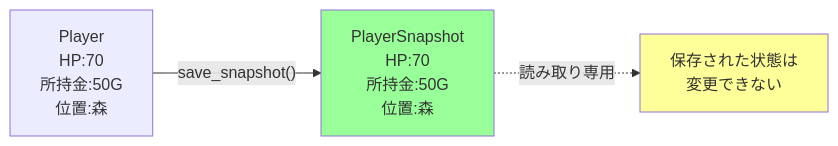
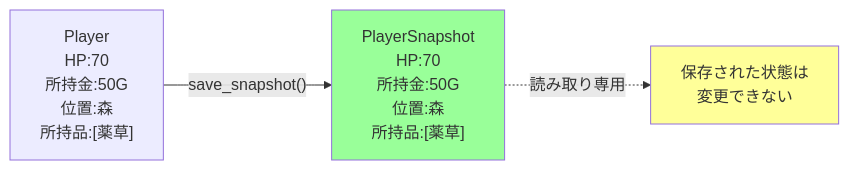
Before and after one commit to nqou-net/www.nqou.net: the first of 4 diagrams in content/post/2026/01/13/232112.md, drawn with Mermaid. The commit also changed other lines of this file and 2 other files, not shown here.

Commit message:
update 第4回まで(copilot/create-memento-pattern-series)

````diff
--- a/content/post/2026/01/13/232112.md
+++ b/content/post/2026/01/13/232112.md
@@ -55,15 +55,17 @@
 ```mermaid
 graph LR
     A["Player
     HP:70
     所持金:50G
-    位置:森"] -->|"save_snapshot()"| B["PlayerSnapshot
+    位置:森
+    所持品:[薬草]"] -->|"save_snapshot()"| B["PlayerSnapshot
     HP:70
     所持金:50G
-    位置:森"]
+    位置:森
+    所持品:[薬草]"]
     B -.->|"読み取り専用"| C["保存された状態は
     変更できない"]
     
     style B fill:#9f9
     style C fill:#ff9
 ```
````
